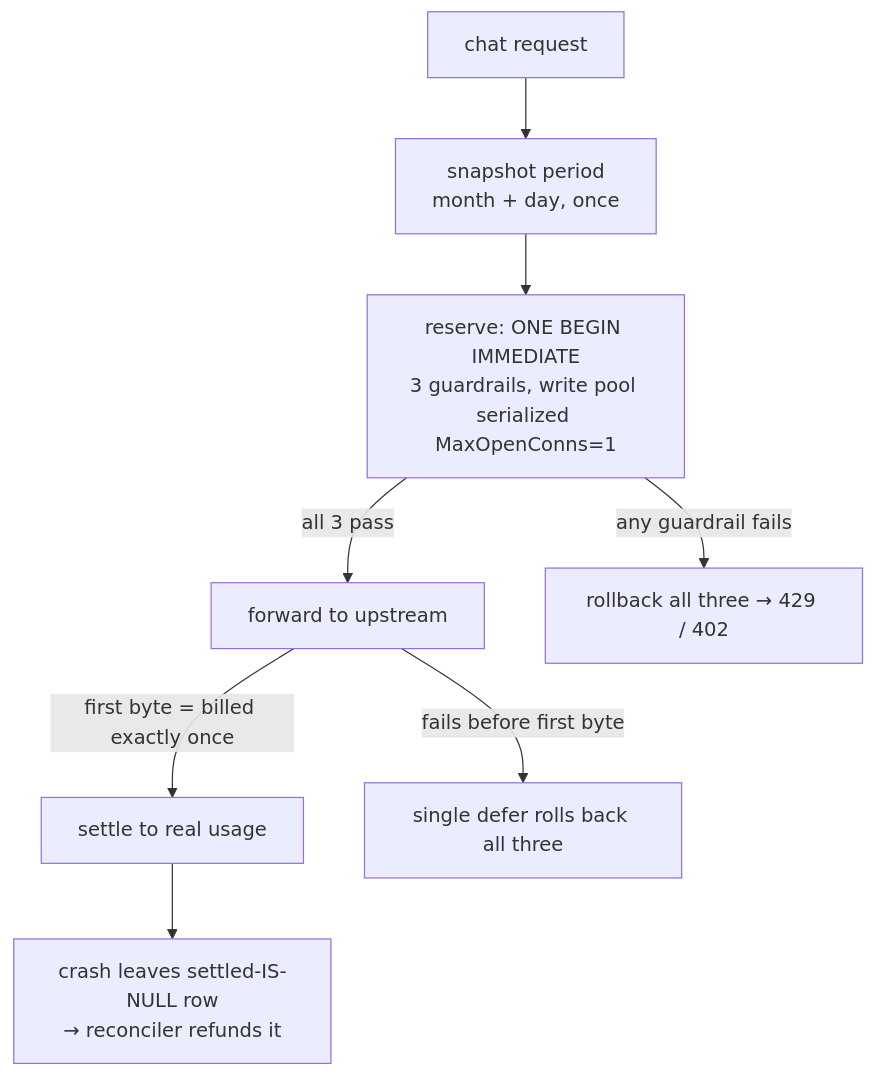
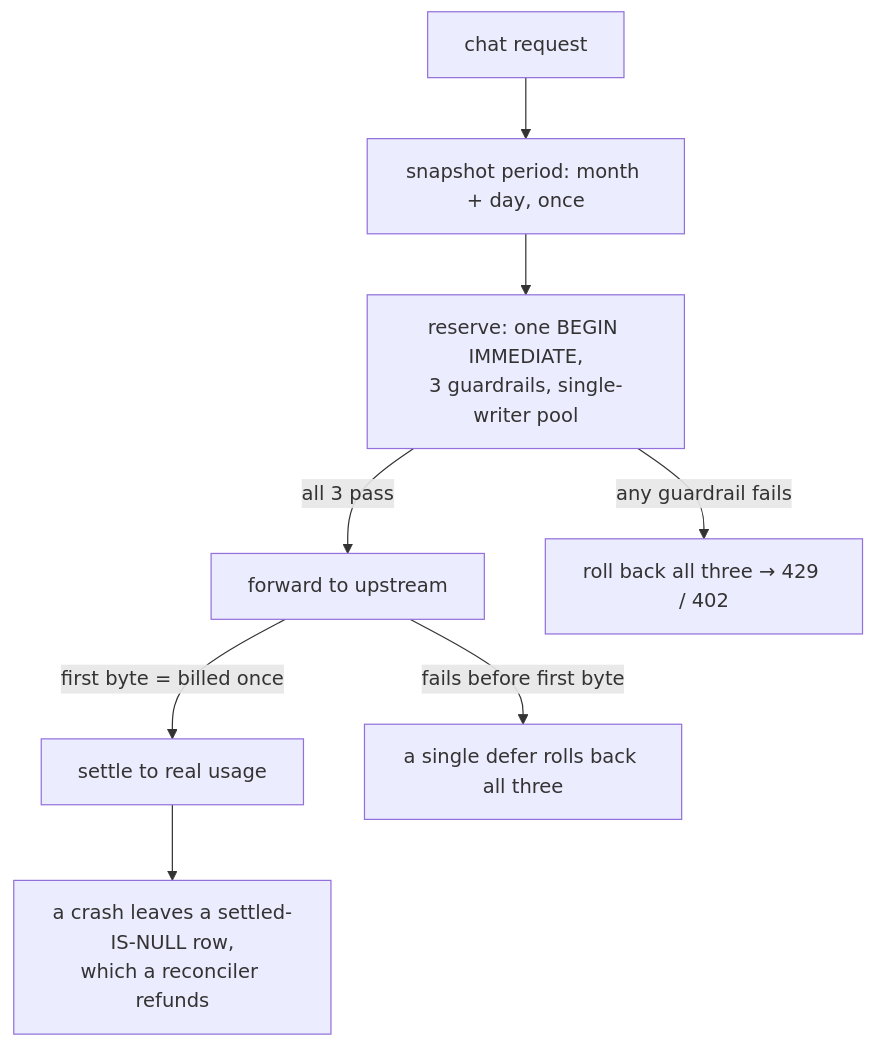
Before and after one commit to Cookiezisg/Anselm-API-Serve: the first of 2 diagrams in README.md, drawn with Mermaid. The commit also changed other lines of this file and 1 other file, not shown here.

````diff
--- a/README.md
+++ b/README.md
@@ -22,10 +17,10 @@
 ```mermaid
 flowchart TD
-    A[chat request] --> B[snapshot period<br/>month + day, once]
-    B --> C[reserve: ONE BEGIN IMMEDIATE<br/>3 guardrails, write pool serialized MaxOpenConns=1]
+    A[chat request] --> B[snapshot period: month + day, once]
+    B --> C[reserve: one BEGIN IMMEDIATE,<br/>3 guardrails, single-writer pool]
     C -->|all 3 pass| D[forward to upstream]
-    C -->|any guardrail fails| E[rollback all three → 429 / 402]
-    D -->|first byte = billed exactly once| F[settle to real usage]
-    D -->|fails before first byte| G[single defer rolls back all three]
-    F --> H[crash leaves settled-IS-NULL row<br/>→ reconciler refunds it]
+    C -->|any guardrail fails| E[roll back all three → 429 / 402]
+    D -->|first byte = billed once| F[settle to real usage]
+    D -->|fails before first byte| G[a single defer rolls back all three]
+    F --> H[a crash leaves a settled-IS-NULL row,<br/>which a reconciler refunds]
 ```
````
